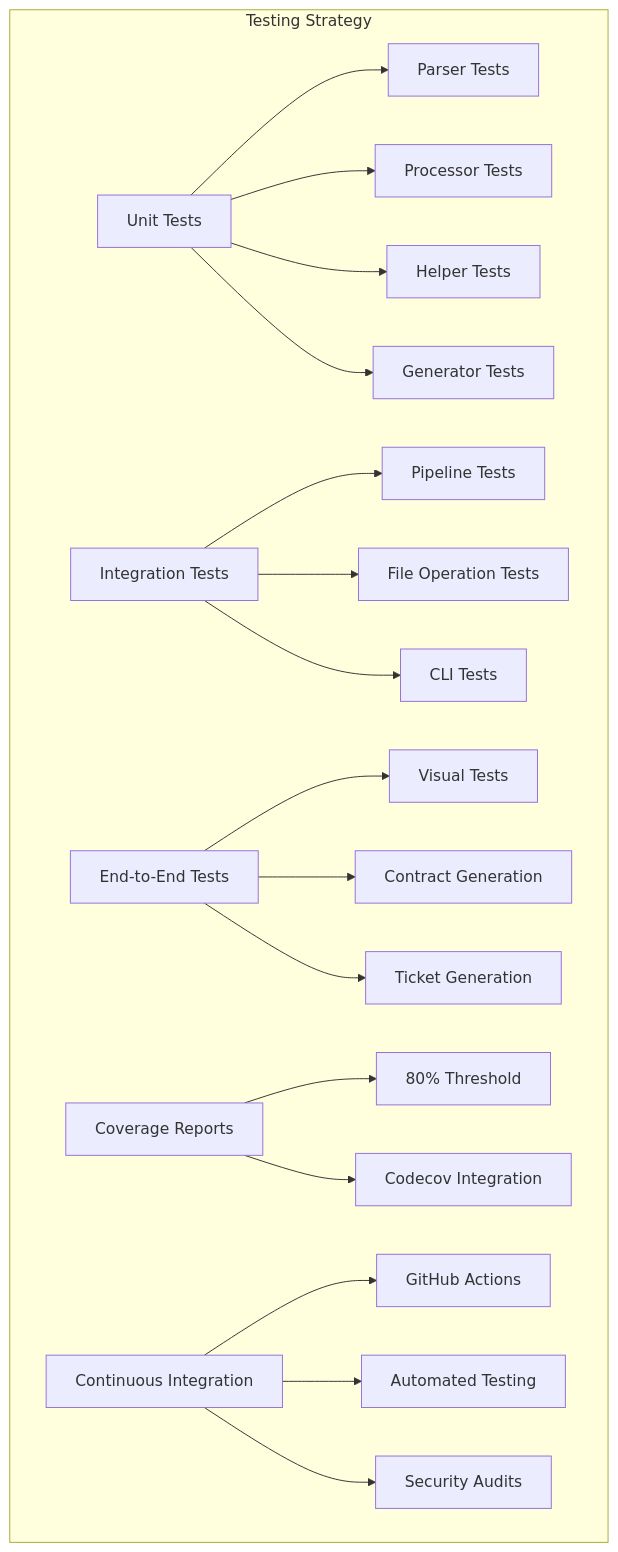
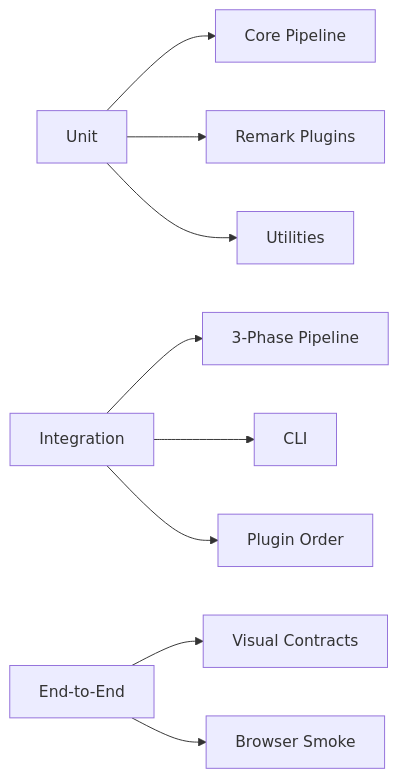
Before and after one commit to petalo/legal-markdown-js: the diagram in docs/architecture/11_testing_strategy.md, drawn with Mermaid. The commit also changed other lines of this file and 56 other files, not shown here.

First line of the commit message:
refactor: implement 3-phase pipeline with HTML reuse optimization (#132)

````diff
--- a/docs/architecture/11_testing_strategy.md
+++ b/docs/architecture/11_testing_strategy.md
@@ -44,24 +17,13 @@
 ```mermaid
-graph TB
-    subgraph "Testing Strategy"
-        UNIT[Unit Tests] --> PARSERS[Parser Tests]
-        UNIT --> PROCESSORS[Processor Tests]
-        UNIT --> HELPERS[Helper Tests]
-        UNIT --> GENERATORS[Generator Tests]
+graph LR
+    UNIT[Unit] --> PIPE[Core Pipeline]
+    UNIT --> PLUGINS[Remark Plugins]
+    UNIT --> UTILS[Utilities]
 
-        INTEGRATION[Integration Tests] --> PIPELINE[Pipeline Tests]
-        INTEGRATION --> FILE_OPS[File Operation Tests]
-        INTEGRATION --> CLI_TESTS[CLI Tests]
+    INTEGRATION[Integration] --> PIPELINE3[3-Phase Pipeline]
+    INTEGRATION --> CLI[CLI]
+    INTEGRATION --> PLUGIN_ORDER[Plugin Order]
 
-        E2E[End-to-End Tests] --> VISUAL[Visual Tests]
-        E2E --> CONTRACT[Contract Generation]
-        E2E --> TICKET[Ticket Generation]
-
-        COVERAGE[Coverage Reports] --> THRESHOLD[80% Threshold]
-        COVERAGE --> CODECOV[Codecov Integration]
-
-        CI[Continuous Integration] --> GITHUB_ACTIONS[GitHub Actions]
-        CI --> AUTOMATED[Automated Testing]
-        CI --> SECURITY[Security Audits]
-    end
+    E2E[End-to-End] --> VISUAL[Visual Contracts]
+    E2E --> PLAYGROUND[Browser Smoke]
 ```
````
